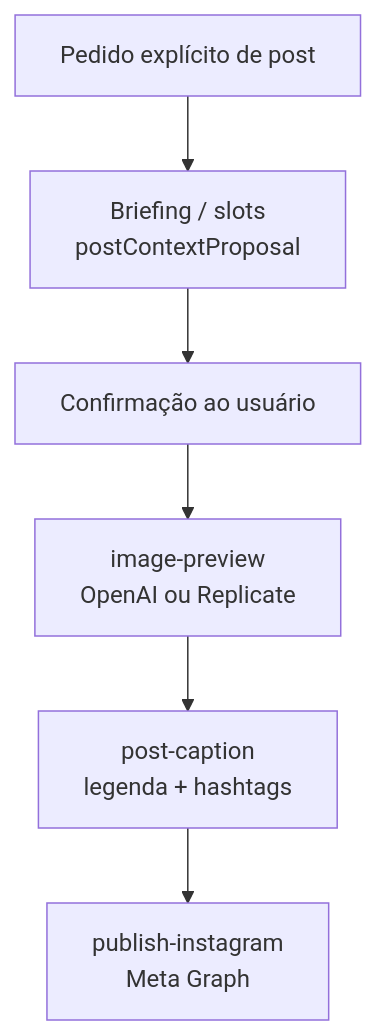
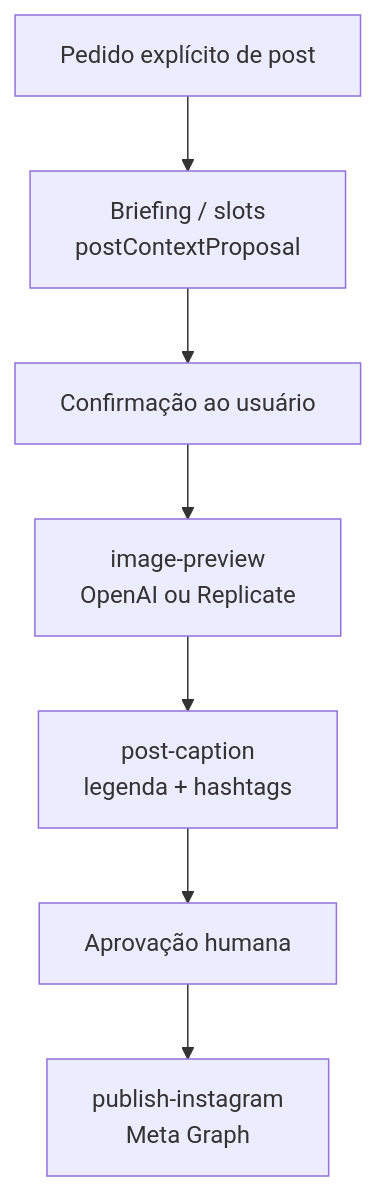
One commit to luccaleca/TumaIA changed the third of 3 diagrams in docs/arquitetura/arquitetura-repositorio.md. Above: the diagram before and after it, drawn with Mermaid. The commit also changed other lines of this file and 9 other files, not shown here.

````diff
--- a/docs/arquitetura/arquitetura-repositorio.md
+++ b/docs/arquitetura/arquitetura-repositorio.md
@@ -103,11 +98,12 @@
 ```mermaid
 flowchart TD
   P["Pedido explícito de post"]
   B["Briefing / slots\npostContextProposal"]
   C["Confirmação ao usuário"]
   I["image-preview\nOpenAI ou Replicate"]
   CAP["post-caption\nlegenda + hashtags"]
+  APR["Aprovação humana"]
   PUB["publish-instagram\nMeta Graph"]
 
-  P --> B --> C --> I --> CAP --> PUB
+  P --> B --> C --> I --> CAP --> APR --> PUB
 ```
````
